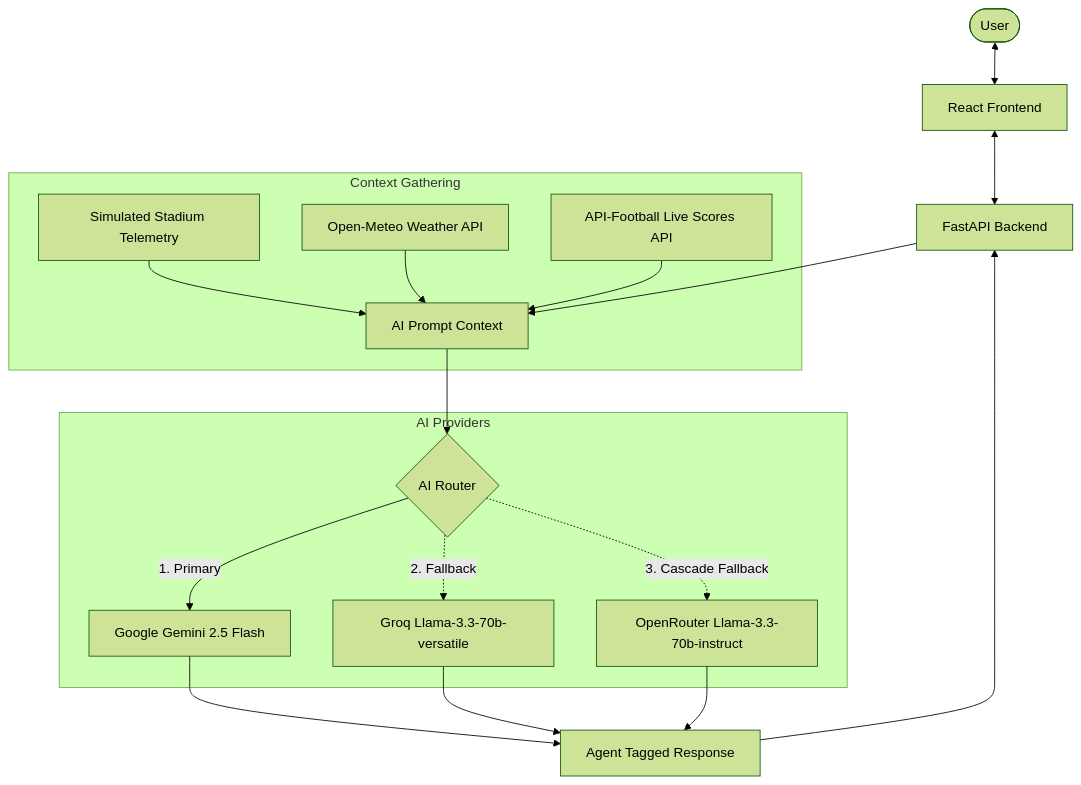
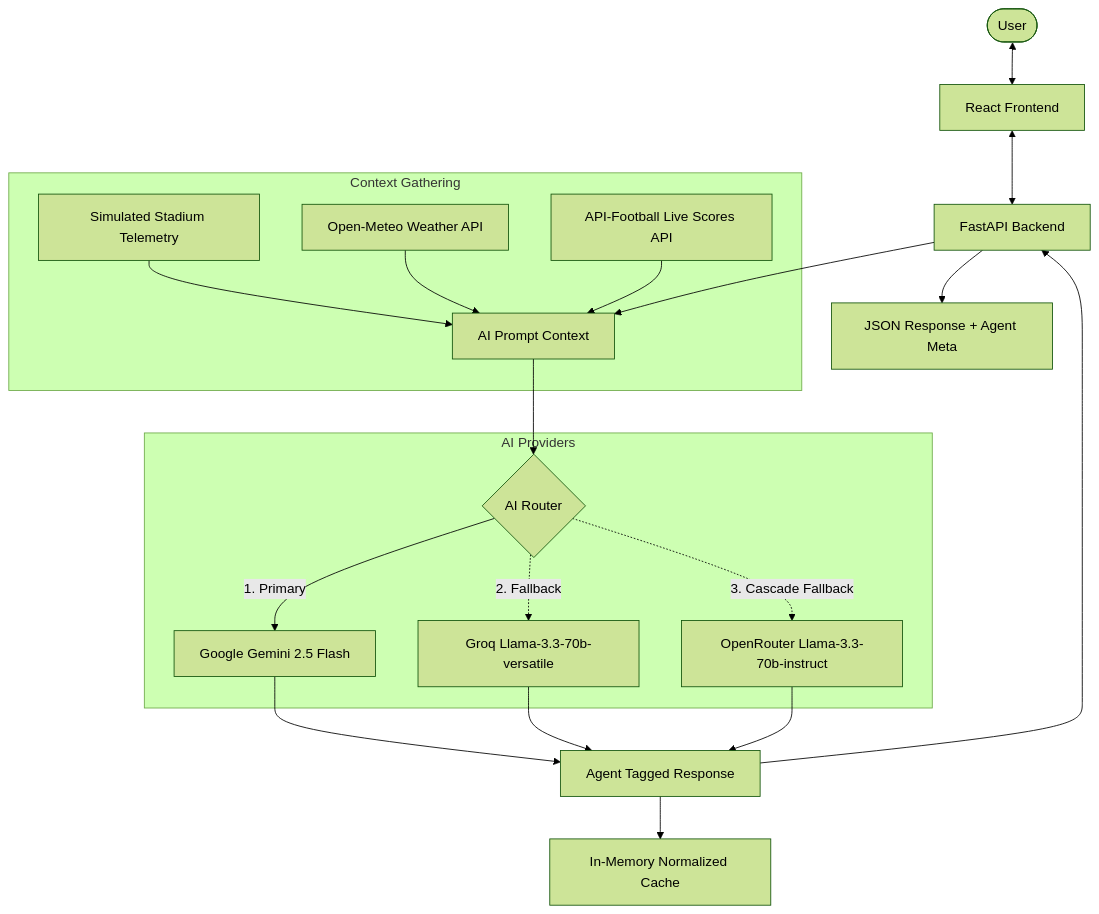
One commit to sonamshrivastav/StadiumIQ-GenAI changed the first of 2 diagrams in README.md. Above: the diagram before and after it, drawn with Mermaid (forest theme). The commit also changed other lines of this file, not shown here.

Commit message:
docs: Update README.md with detailed AI architecture, integrations, security highlights, and learnings

````diff
--- a/README.md
+++ b/README.md
@@ -25,25 +39,27 @@
 ```mermaid
 graph TD
     User([User]) <--> Frontend[React Frontend]
     Frontend <--> Backend[FastAPI Backend]
     
     subgraph Context Gathering
         Telemetry[Simulated Stadium Telemetry] --> Context[AI Prompt Context]
         Weather[Open-Meteo Weather API] --> Context
         Football[API-Football Live Scores API] --> Context
     end
 
     Backend --> Context
     Context --> AI_Pipeline{AI Router}
     
     subgraph AI Providers
         AI_Pipeline -->|1. Primary| Gemini[Google Gemini 2.5 Flash]
         AI_Pipeline -.->|2. Fallback| Groq[Groq Llama-3.3-70b-versatile]
         AI_Pipeline -.->|3. Cascade Fallback| OpenRouter[OpenRouter Llama-3.3-70b-instruct]
     end
 
     Gemini --> AgentResponse[Agent Tagged Response]
     Groq --> AgentResponse
     OpenRouter --> AgentResponse
     AgentResponse --> Backend
+    AgentResponse --> Cache[In-Memory Normalized Cache]
+    Backend --> FE_Response[JSON Response + Agent Meta]
 ```
````
